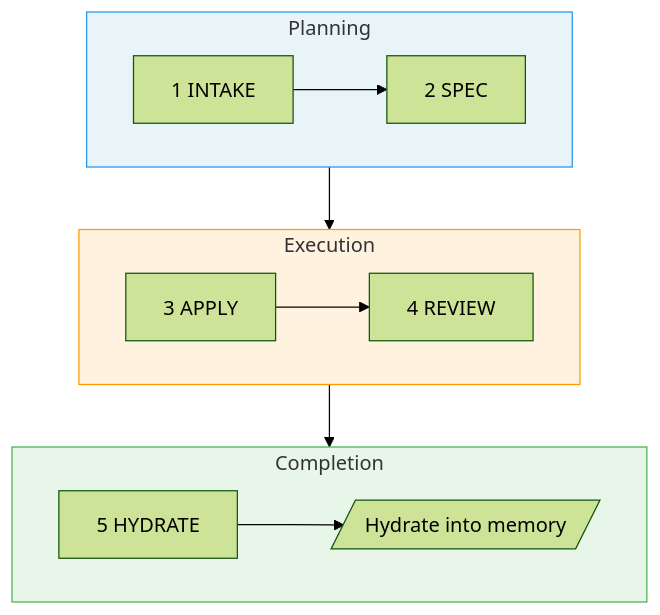
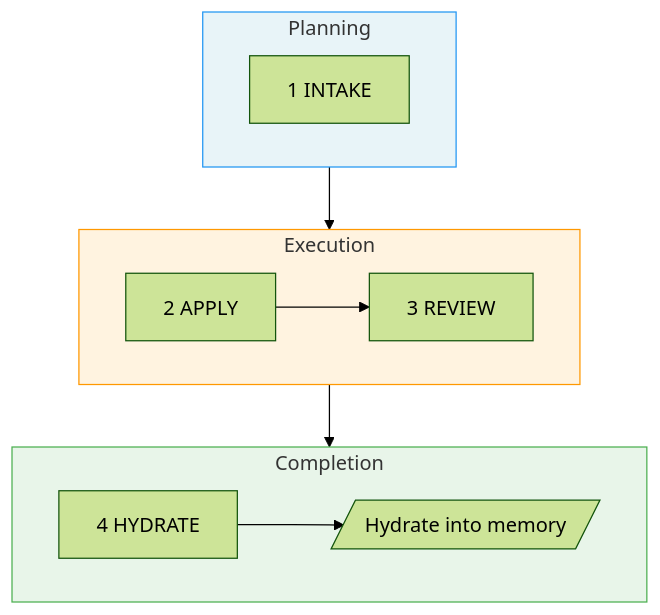
Before and after one commit to sahil87/fab-kit: the diagram in docs/specs/overview.md, drawn with Mermaid (forest theme). The commit also changed other lines of this file and 74 other files, not shown here.

First line of the commit message:
refactor: merge spec stage into apply, frontload SRAD to intake

````diff
--- a/docs/specs/overview.md
+++ b/docs/specs/overview.md
@@ -41,22 +41,22 @@
 ```mermaid
 flowchart TD
     subgraph planning ["Planning"]
         direction LR
-        B["1 INTAKE"] --> S["2 SPEC"]
+        B["1 INTAKE"]
     end
     subgraph execution ["Execution"]
         direction LR
-        A["3 APPLY"] --> V["4 REVIEW"]
+        A["2 APPLY"] --> V["3 REVIEW"]
     end
     subgraph completion ["Completion"]
         direction LR
-        AR["5 HYDRATE"] --> H[/"Hydrate into memory"/]
+        AR["4 HYDRATE"] --> H[/"Hydrate into memory"/]
     end
 
-    S --> A
+    B --> A
     V --> AR
 
     style planning fill:#e8f4f8,stroke:#2196F3
     style execution fill:#fff3e0,stroke:#FF9800
     style completion fill:#e8f5e9,stroke:#4CAF50
 ```
````
